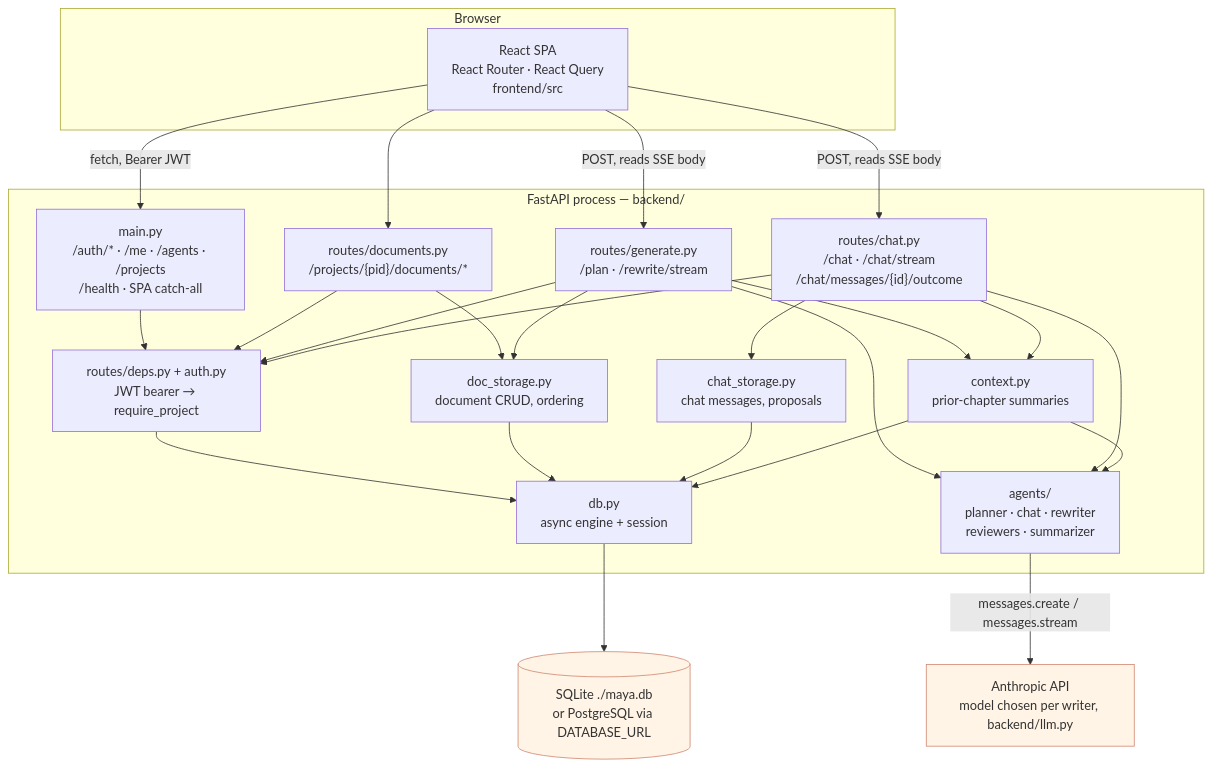
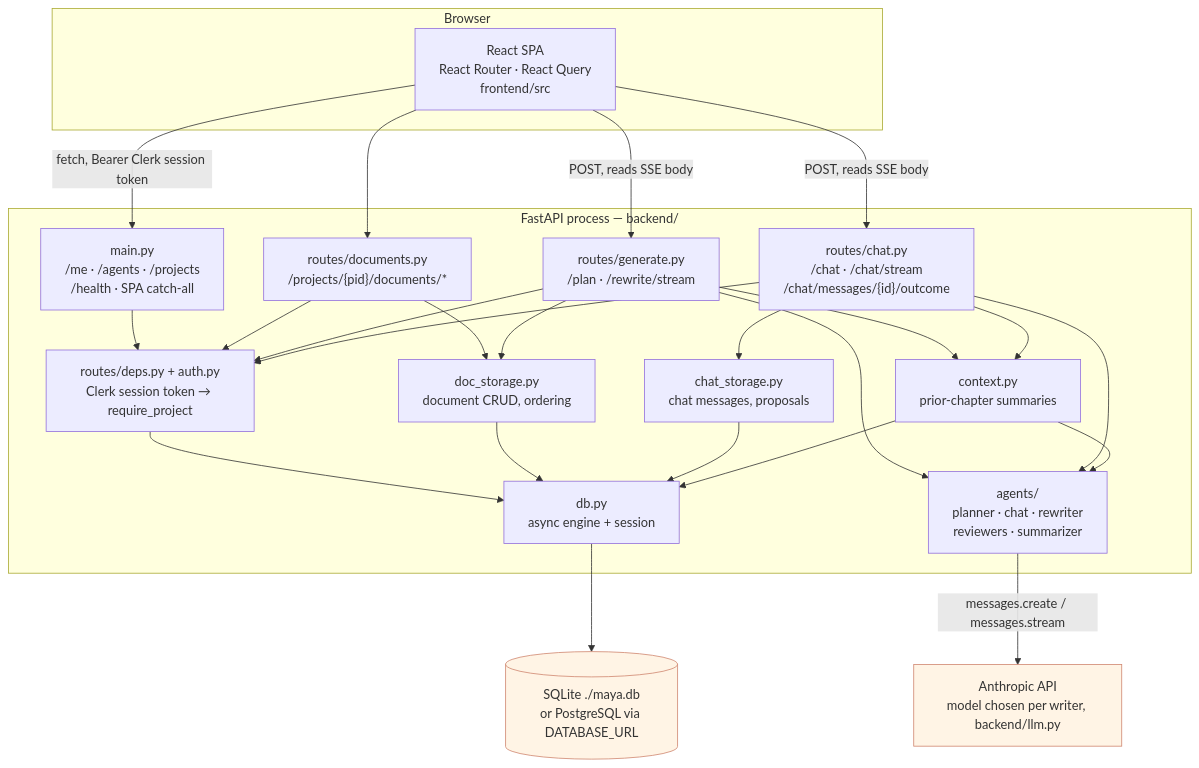
One commit to Akazz-L/maya changed the first of 2 diagrams in docs/diagrams/01-system-overview.md. Above: the diagram before and after it, drawn with Mermaid. The commit also changed other lines of this file and 49 other files, not shown here.

````diff
--- a/docs/diagrams/01-system-overview.md
+++ b/docs/diagrams/01-system-overview.md
@@ -6,49 +6,49 @@
 ```mermaid
 graph TB
     subgraph browser["Browser"]
         SPA["React SPA<br/>React Router · React Query<br/>frontend/src"]
     end
 
     subgraph server["FastAPI process — backend/"]
-        MAIN["main.py<br/>/auth/* · /me · /agents · /projects<br/>/health · SPA catch-all"]
+        MAIN["main.py<br/>/me · /agents · /projects<br/>/health · SPA catch-all"]
         DOCS["routes/documents.py<br/>/projects/{pid}/documents/*"]
         GEN["routes/generate.py<br/>/plan · /rewrite/stream"]
         CHAT["routes/chat.py<br/>/chat · /chat/stream<br/>/chat/messages/{id}/outcome"]
-        DEPS["routes/deps.py + auth.py<br/>JWT bearer → require_project"]
+        DEPS["routes/deps.py + auth.py<br/>Clerk session token → require_project"]
         STORE["doc_storage.py<br/>document CRUD, ordering"]
         CSTORE["chat_storage.py<br/>chat messages, proposals"]
         CTX["context.py<br/>prior-chapter summaries"]
         AGENTS["agents/<br/>planner · chat · rewriter<br/>reviewers · summarizer"]
         DB["db.py<br/>async engine + session"]
     end
 
     ANTHROPIC["Anthropic API<br/>model chosen per writer, backend/llm.py"]
     SQL[("SQLite ./maya.db<br/>or PostgreSQL via DATABASE_URL")]
 
-    SPA -->|"fetch, Bearer JWT"| MAIN
+    SPA -->|"fetch, Bearer Clerk session token"| MAIN
     SPA --> DOCS
     SPA -->|"POST, reads SSE body"| GEN
     SPA -->|"POST, reads SSE body"| CHAT
 
     MAIN --> DEPS
     DOCS --> DEPS
     GEN --> DEPS
     CHAT --> DEPS
     DOCS --> STORE
     GEN --> STORE
     GEN --> CTX
     GEN --> AGENTS
     CHAT --> CSTORE
     CHAT --> CTX
     CHAT --> AGENTS
     CTX --> AGENTS
     AGENTS -->|"messages.create / messages.stream"| ANTHROPIC
     DEPS --> DB
     STORE --> DB
     CSTORE --> DB
     CTX --> DB
     DB --> SQL
 
     classDef ext fill:#fff4e5,stroke:#d08770
     class ANTHROPIC,SQL ext
 ```
````
